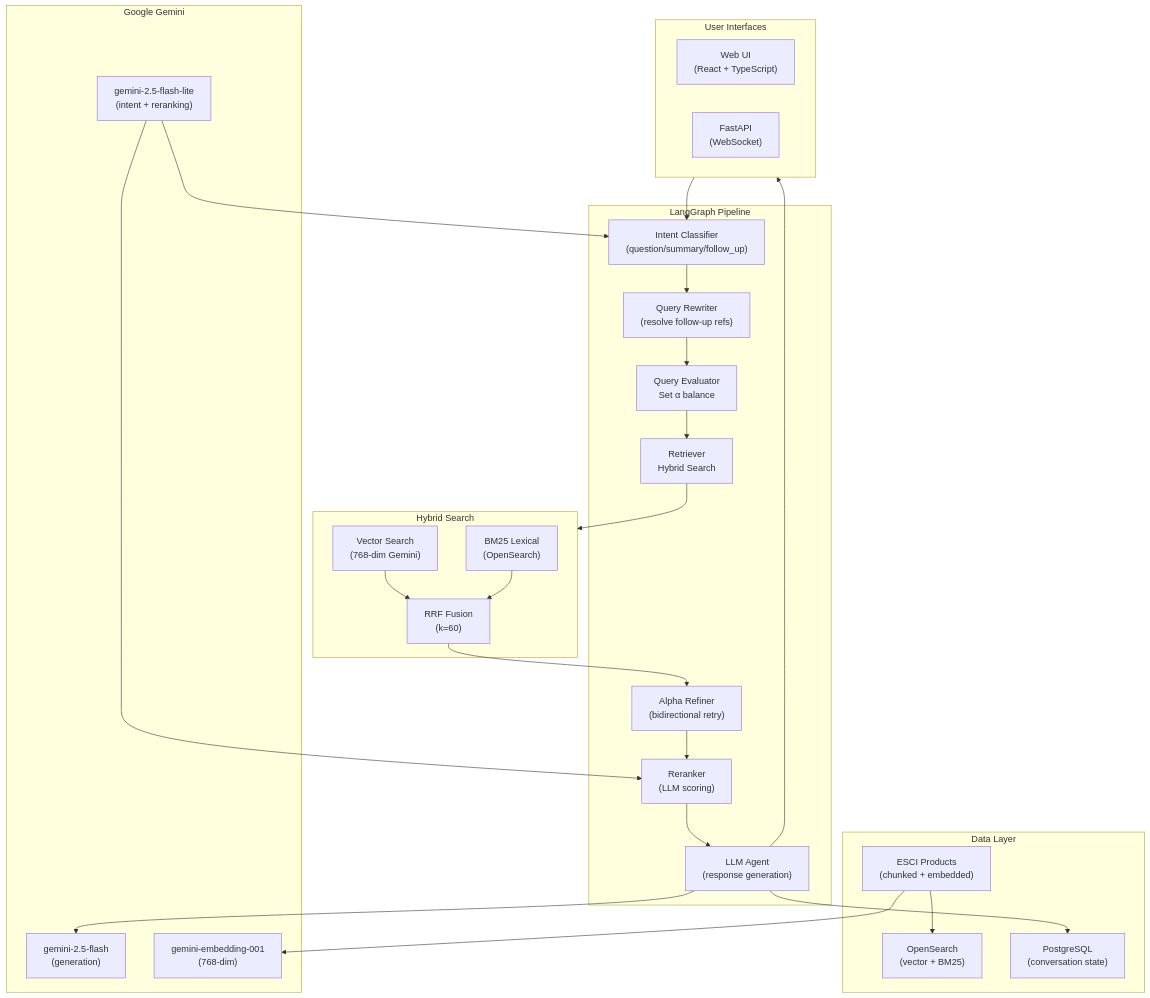
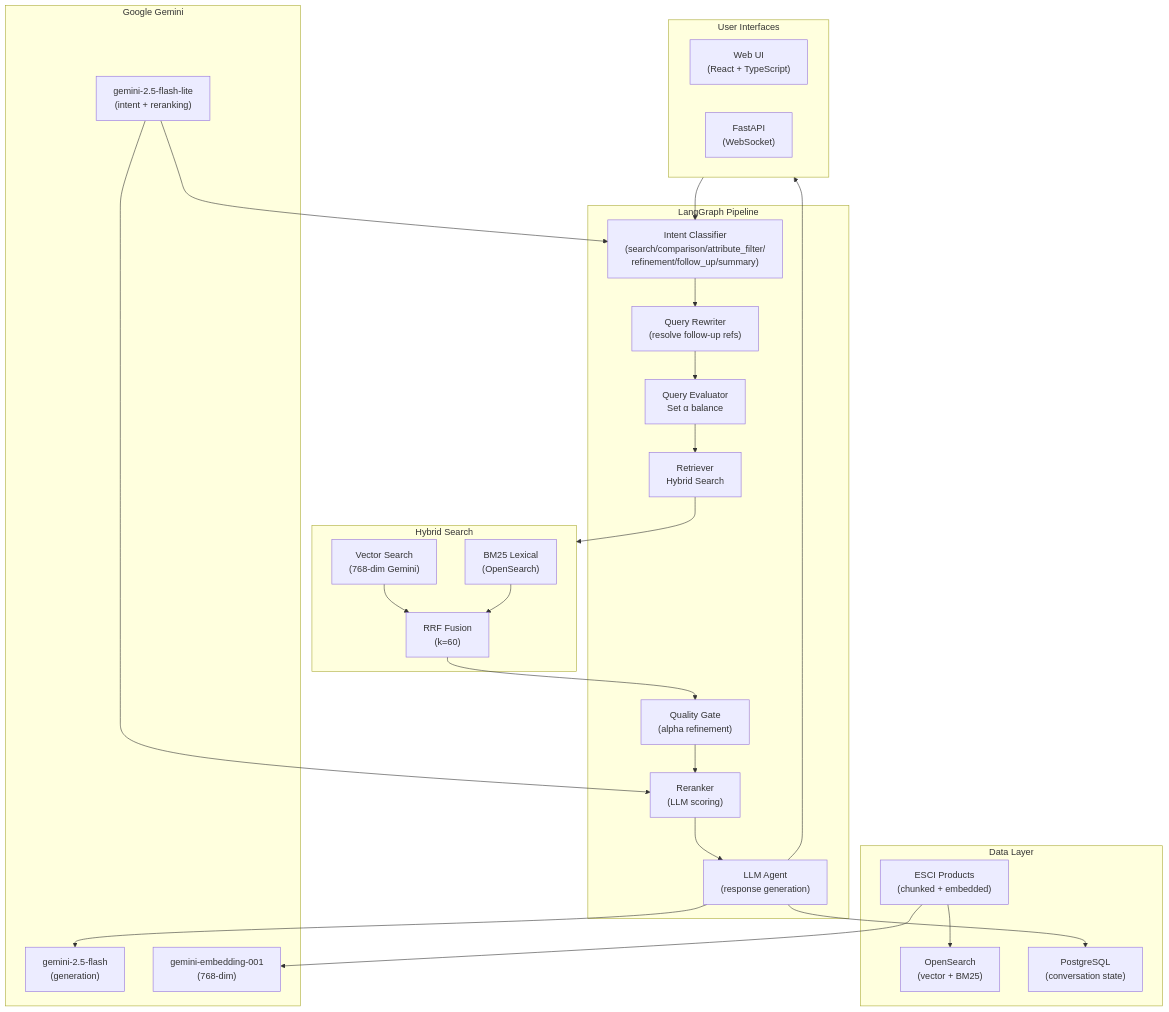
One commit to kmwtechnology/agentic-hybrid-search changed the diagram in README.md. Above: the diagram before and after it, drawn with Mermaid. The commit also changed other lines of this file and 1 other file, not shown here.

First line of the commit message:
docs: Update CLAUDE.md and README for refinement intent feature

````diff
--- a/README.md
+++ b/README.md
@@ -46,53 +46,53 @@
 ```mermaid
 flowchart TB
     subgraph UI["User Interfaces"]
         WEB["Web UI<br/>(React + TypeScript)"]
         API["FastAPI<br/>(WebSocket)"]
     end
 
     subgraph Pipeline["LangGraph Pipeline"]
-        IC["Intent Classifier<br/>(question/summary/follow_up)"]
+        IC["Intent Classifier<br/>(search/comparison/attribute_filter/<br/>refinement/follow_up/summary)"]
         QR["Query Rewriter<br/>(resolve follow-up refs)"]
         QE["Query Evaluator<br/>Set α balance"]
         RET["Retriever<br/>Hybrid Search"]
-        REFINE["Alpha Refiner<br/>(bidirectional retry)"]
+        REFINE["Quality Gate<br/>(alpha refinement)"]
         RERANK["Reranker<br/>(LLM scoring)"]
         AGENT["LLM Agent<br/>(response generation)"]
     end
 
     subgraph Search["Hybrid Search"]
         VS["Vector Search<br/>(768-dim Gemini)"]
         BM25["BM25 Lexical<br/>(OpenSearch)"]
         RRF["RRF Fusion<br/>(k=60)"]
     end
 
     subgraph Storage["Data Layer"]
         PRODUCTS["ESCI Products<br/>(chunked + embedded)"]
         IDX["OpenSearch<br/>(vector + BM25)"]
         CHECKPOINTS["PostgreSQL<br/>(conversation state)"]
     end
 
     subgraph GoogleAI["Google Gemini"]
         LLM["gemini-2.5-flash<br/>(generation)"]
         CLASSIFIER["gemini-2.5-flash-lite<br/>(intent + reranking)"]
         EMB["gemini-embedding-001<br/>(768-dim)"]
     end
 
     UI --> IC
     IC --> QR
     QR --> QE
     QE --> RET
     RET --> Search
     VS --> RRF
     BM25 --> RRF
     RRF --> REFINE
     REFINE --> RERANK
     RERANK --> AGENT
     AGENT --> LLM
     AGENT --> UI
     PRODUCTS --> IDX
     PRODUCTS --> EMB
     AGENT --> CHECKPOINTS
     CLASSIFIER --> IC
     CLASSIFIER --> RERANK
 ```
````
